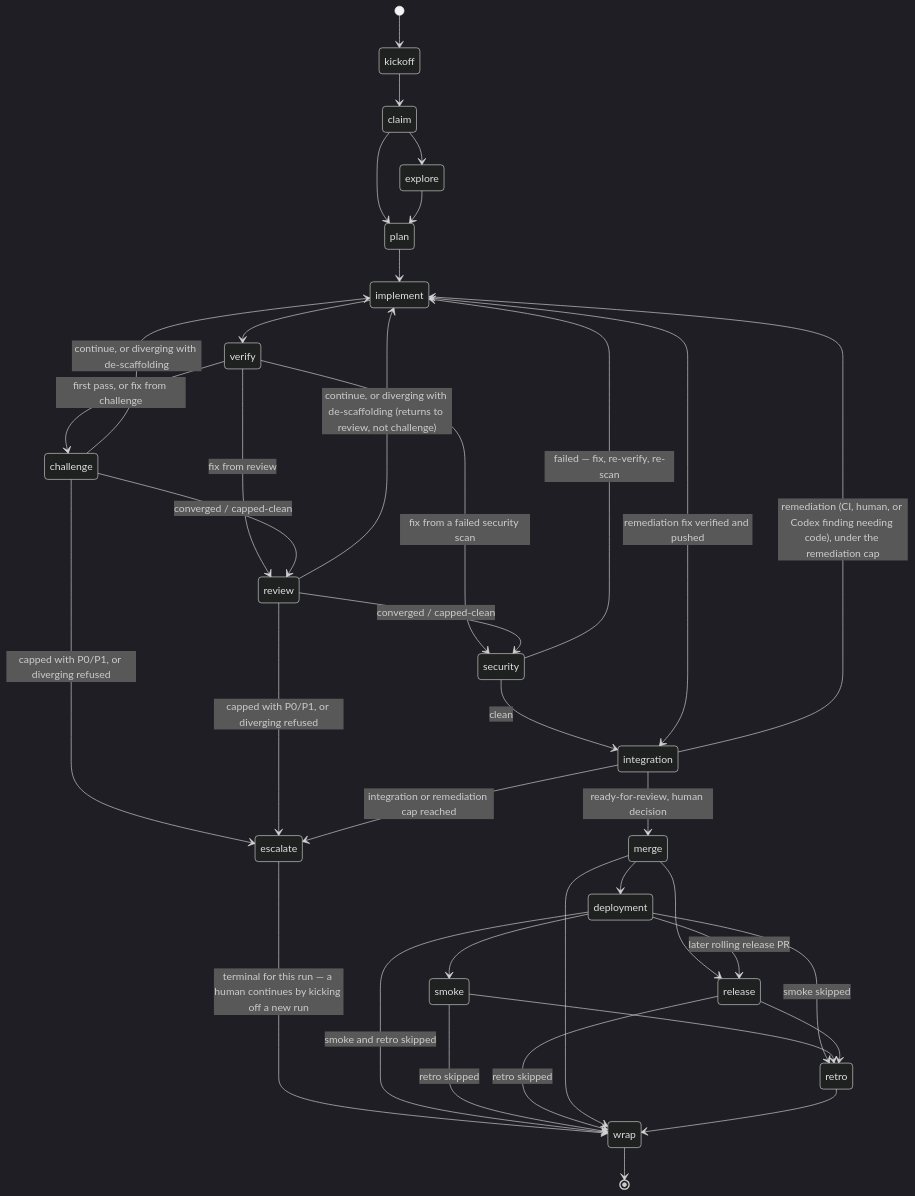
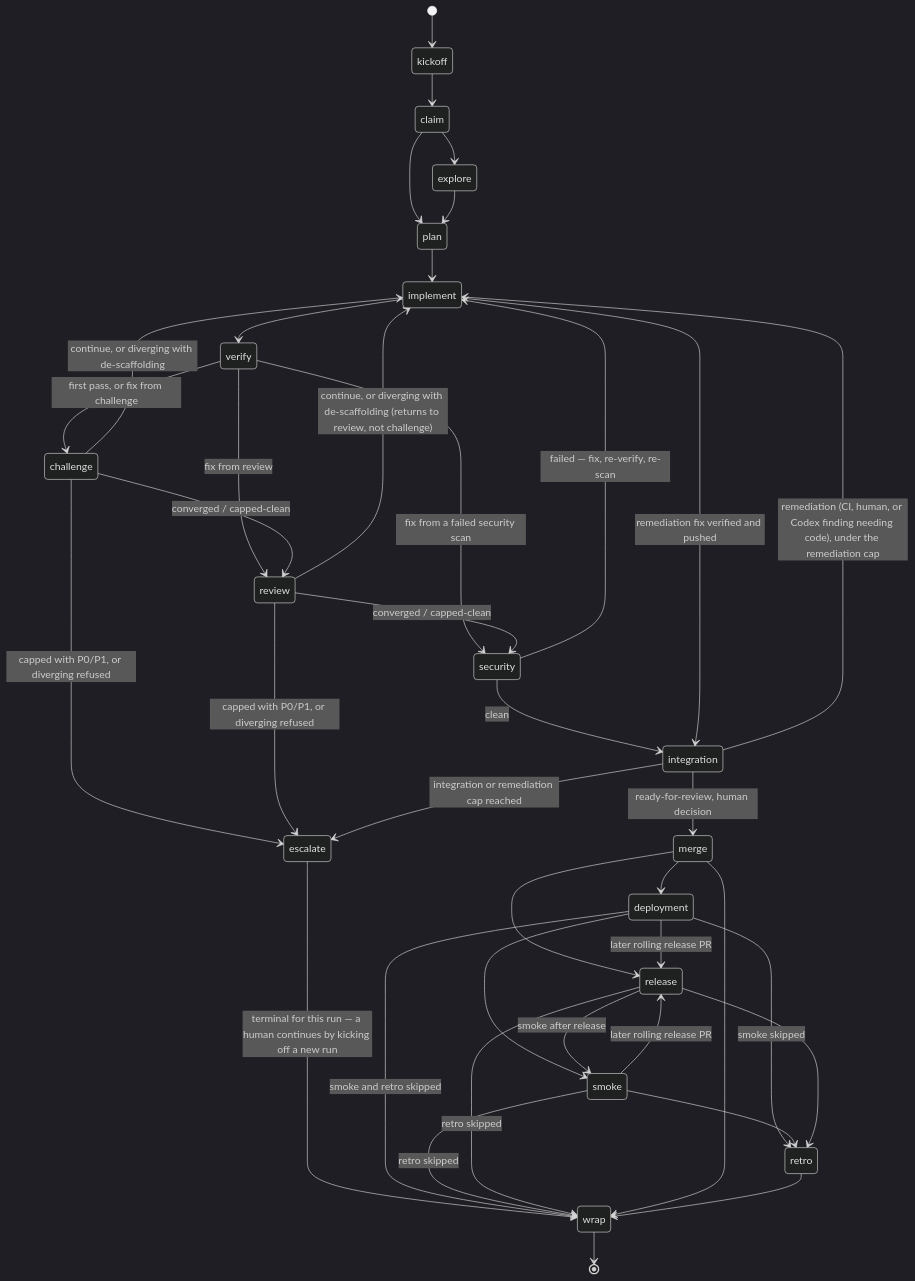
The second of 2 diagrams in docs/product/domain.md (evanharmon1/harmon-devkit), drawn with Mermaid (dark theme) before and after one commit. The commit also changed 2 other files, not shown here.

Commit message:
docs(specs): tidy Dev flow v2 after the third Codex cloud round
Integration round 3 reported five P2s, all consistency follow-ons to
earlier fixes, all fixed in place: receipt validation checks
initiated_by as well as run_id; the reviewer payload is a pass, the
round being the aggregate; Foreman accepts a disabled stage's computed
record without round artifacts; the lifecycle connects deployment,
release, and smoke; a single oversized round comment may continue.

Refs #633

Claude-Session: https://claude.ai/code/session_01E7UvZ3SebA3gfYSx1gMHxp

````diff
--- a/docs/product/domain.md
+++ b/docs/product/domain.md
@@ -72,39 +72,41 @@
 ```mermaid
 stateDiagram-v2
     [*] --> kickoff
     kickoff --> claim
     claim --> explore
     claim --> plan
     explore --> plan
     plan --> implement
     implement --> verify
     verify --> challenge : first pass, or fix from challenge
     verify --> review : fix from review
     verify --> security : fix from a failed security scan
     challenge --> implement : continue, or diverging with de-scaffolding
     challenge --> review : converged / capped-clean
     challenge --> escalate : capped with P0/P1, or diverging refused
     review --> implement : continue, or diverging with de-scaffolding (returns to review, not challenge)
     review --> security : converged / capped-clean
     review --> escalate : capped with P0/P1, or diverging refused
     escalate --> wrap : terminal for this run — a human continues by kicking off a new run
     security --> integration : clean
     security --> implement : failed — fix, re-verify, re-scan
     integration --> implement : remediation (CI, human, or Codex finding needing code), under the remediation cap
     implement --> integration : remediation fix verified and pushed
     integration --> escalate : integration or remediation cap reached
     integration --> merge : ready-for-review, human decision
     merge --> deployment
     merge --> release
     deployment --> release : later rolling release PR
     deployment --> smoke
+    smoke --> release : later rolling release PR
+    release --> smoke : smoke after release
     deployment --> retro : smoke skipped
     deployment --> wrap : smoke and retro skipped
     smoke --> retro
     smoke --> wrap : retro skipped
     release --> retro
     release --> wrap : retro skipped
     merge --> wrap
     retro --> wrap
     wrap --> [*]
 ```
````
